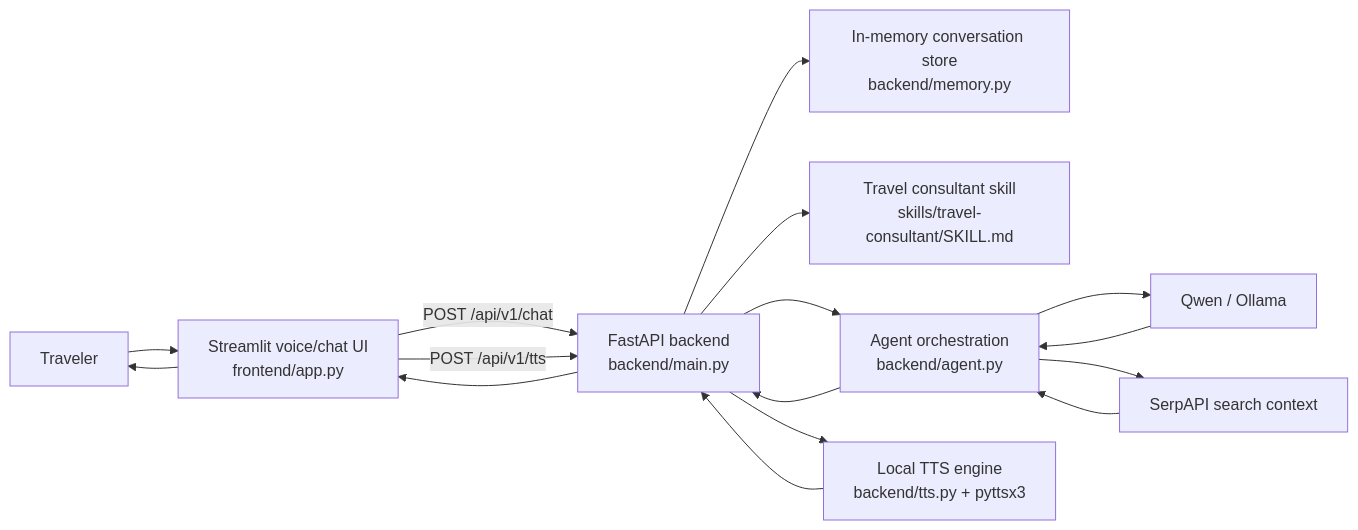
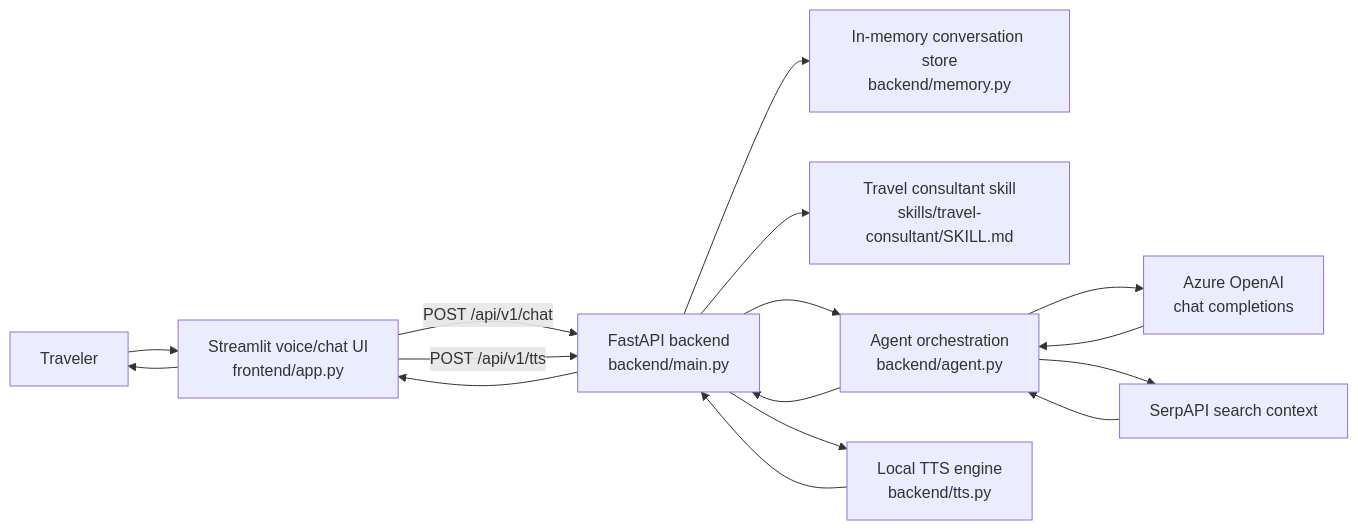
The diagram in README.md (Trung1234/travel-advisor), drawn with Mermaid before and after one commit. The commit also changed other lines of this file, not shown here.

````diff
--- a/README.md
+++ b/README.md
@@ -22,18 +22,18 @@
 ```mermaid
 flowchart LR
     User[Traveler] --> UI[Streamlit voice/chat UI<br/>frontend/app.py]
     UI -->|POST /api/v1/chat| API[FastAPI backend<br/>backend/main.py]
     UI -->|POST /api/v1/tts| API
     API --> Memory[In-memory conversation store<br/>backend/memory.py]
     API --> Skill[Travel consultant skill<br/>skills/travel-consultant/SKILL.md]
     API --> Agent[Agent orchestration<br/>backend/agent.py]
-    API --> TTS[Local TTS engine<br/>backend/tts.py + pyttsx3]
-    Agent --> Provider[Qwen / Ollama]
+    API --> TTS[Local TTS engine<br/>backend/tts.py]
+    Agent --> Provider[Azure OpenAI<br/>chat completions]
     Agent --> SerpAPI[SerpAPI search context]
     Provider --> Agent
     SerpAPI --> Agent
     Agent --> API
     TTS --> API
     API --> UI
     UI --> User
 ```
````
